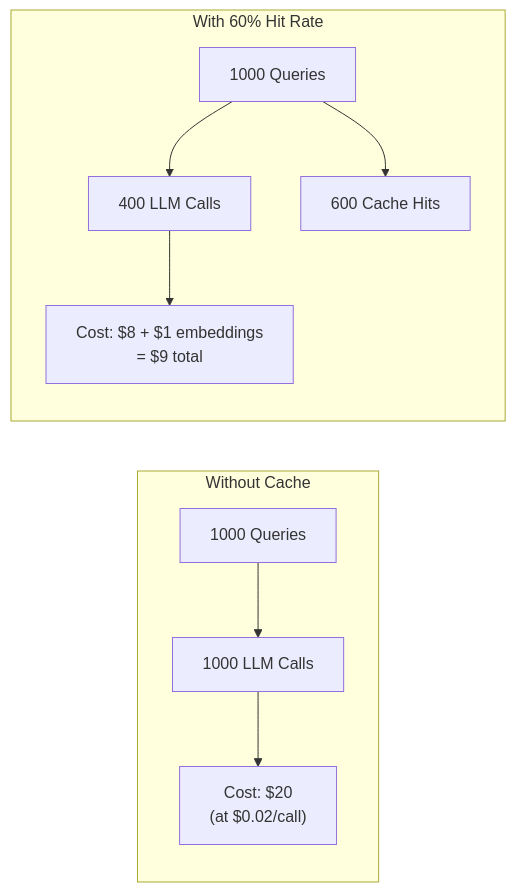
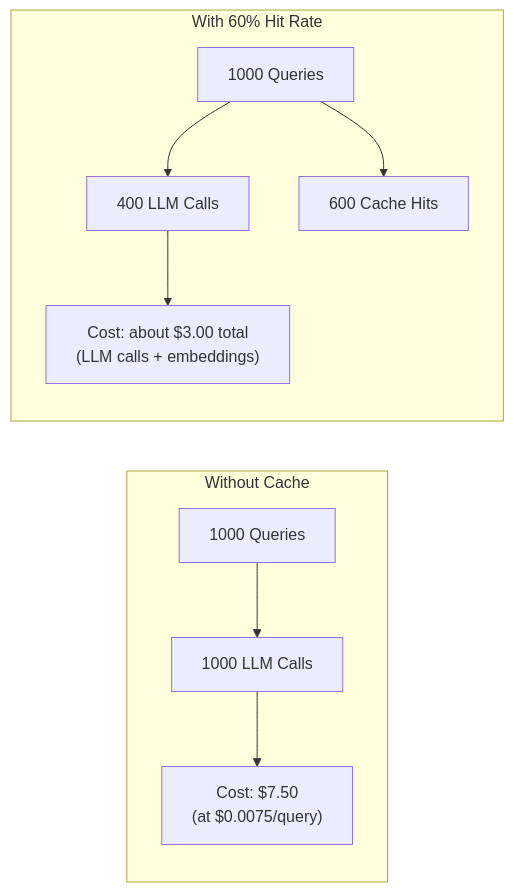
The fourth of 4 diagrams in posts/2026-01-30-llmops-semantic-caching/README.md (OneUptime/blog), drawn with Mermaid before and after one commit. The commit also changed other lines of this file and 2 other files, not shown here.

````diff
--- a/posts/2026-01-30-llmops-semantic-caching/README.md
+++ b/posts/2026-01-30-llmops-semantic-caching/README.md
@@ -1194,13 +1195,13 @@
 ```mermaid
 graph LR
     subgraph "Without Cache"
         A1[1000 Queries] --> B1[1000 LLM Calls]
-        B1 --> C1["Cost: $20<br/>(at $0.02/call)"]
+        B1 --> C1["Cost: $7.50<br/>(at $0.0075/query)"]
     end
 
     subgraph "With 60% Hit Rate"
         A2[1000 Queries] --> B2[400 LLM Calls]
         A2 --> C2[600 Cache Hits]
-        B2 --> D2["Cost: $8 + $1 embeddings<br/>= $9 total"]
+        B2 --> D2["Cost: about $3.00 total<br/>(LLM calls + embeddings)"]
     end
 ```
````
